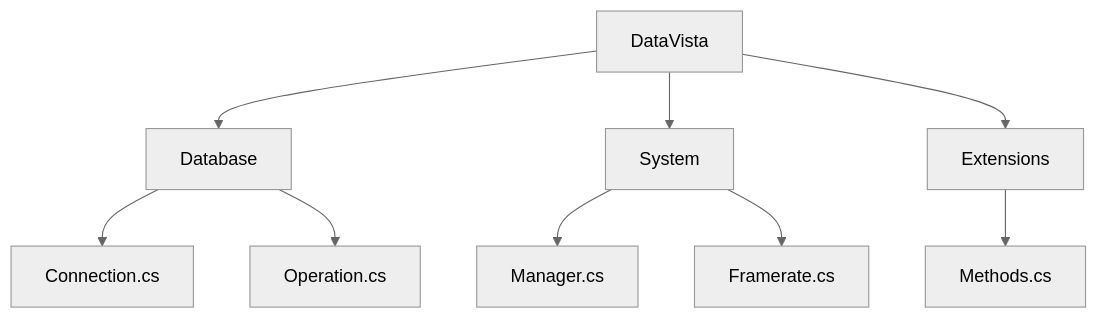
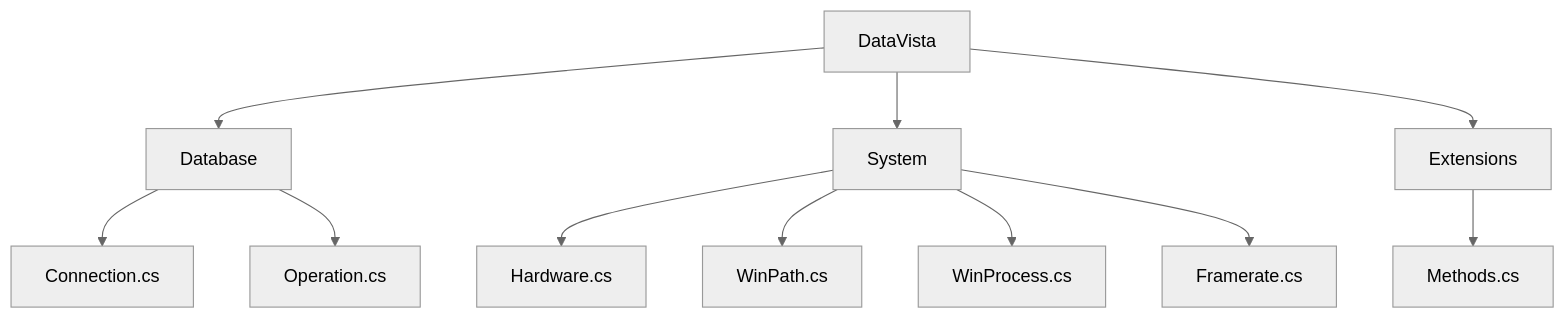
One commit to grimy86/DataVista changed the diagram in README.md. Above: the diagram before and after it, drawn with Mermaid (neutral theme). The commit also changed other lines of this file and 13 other files, not shown here.

Commit message:
- Added extension to sort Enums - Split up DataVista.System into more classes; Hardware, WinProcess and WinPath instead of "Manager" - README.md Update - Class diagrams update

````diff
--- a/README.md
+++ b/README.md
@@ -54,11 +53,13 @@
 ```mermaid
 graph TD;
 	DataVista --> Database
 	DataVista --> System
 	DataVista --> Extensions
 	Database --> Connection.cs
 	Database --> Operation.cs
-	System --> Manager.cs
+	System --> Hardware.cs
+	System --> WinPath.cs
+	System --> WinProcess.cs
 	System --> Framerate.cs
 	Extensions --> Methods.cs
 ```
````
